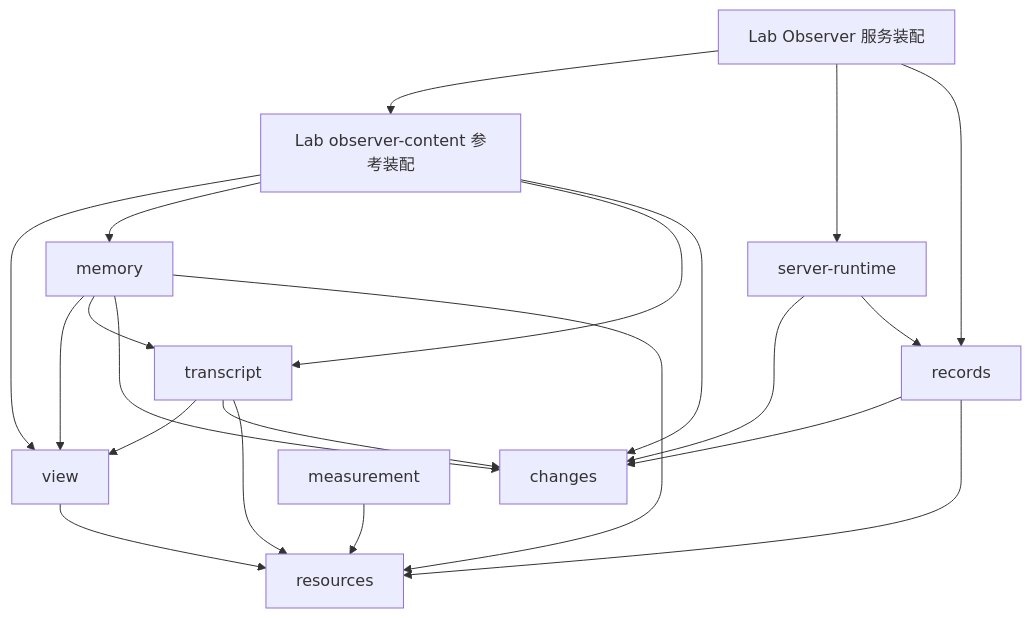
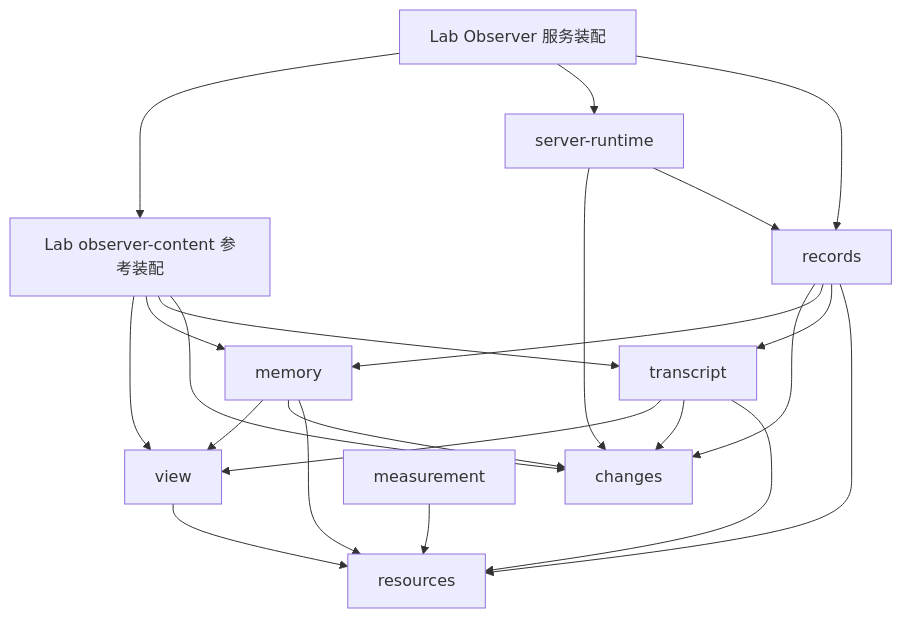
One commit to weiliang0121/capix changed the first of 2 diagrams in docs/content-entities-packages.md. Above: the diagram before and after it, drawn with Mermaid. The commit also changed other lines of this file and 70 other files, not shown here.

````diff
--- a/docs/content-entities-packages.md
+++ b/docs/content-entities-packages.md
@@ -27,23 +27,24 @@
 ```mermaid
 flowchart TD
   Service[Lab Observer 服务装配] --> Content[Lab observer-content 参考装配]
   Service --> Runtime[server-runtime]
   Service --> Records[records]
   Content --> View[view]
   Content --> Memory[memory]
   Content --> Transcript[transcript]
   Content --> Changes[changes]
   Memory --> View
   Transcript --> View
-  Memory --> Transcript
   Memory --> Changes
   Transcript --> Changes
   Runtime --> Changes
   Runtime --> Records
   Records --> Changes
+  Records --> Memory
+  Records --> Transcript
   Records --> Resources[resources]
   Memory --> Resources
   Transcript --> Resources
   View --> Resources
   Selection[measurement] --> Resources
 ```
````
